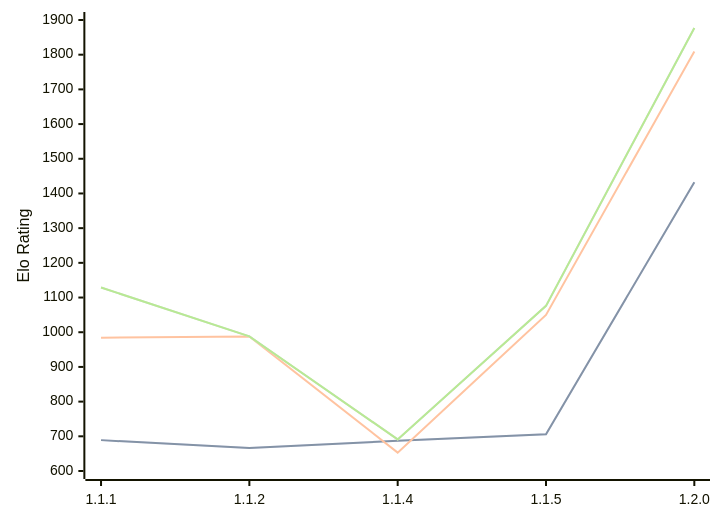
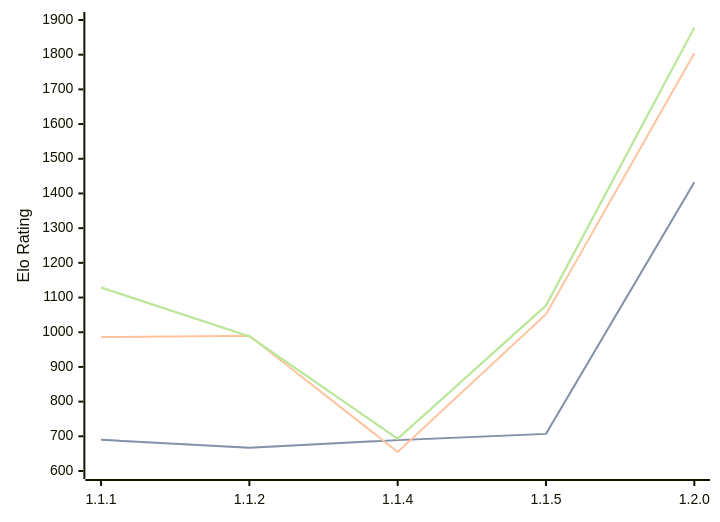
One commit to computer-chess-index/cci changed the diagram in engines/ChessCore.md. Above: the diagram before and after it, drawn with Mermaid. The commit also changed other lines of this file, not shown here.

Commit message:
Update CCI Ratings (ELO VLTC) - 2026-08-23

````diff
--- a/engines/ChessCore.md
+++ b/engines/ChessCore.md
@@ -36,11 +36,11 @@
 ```mermaid
 %%{init: {"theme":"base","themeVariables":{"seriesColors:['#a3a3a3','#222221','#faa371']}}}%%
 xychart-beta
   x-axis ["1.1.1", "1.1.2", "1.1.4", "1.1.5", "1.2.0"]
   y-axis "Elo Rating" 600 --> 1900
-  line "STC (8.0+0.08s)" [689, 666, 687, 706, 1432]
-  line "STC (8.0+0.08s)" [689, 666, 687, 706, 1432]
-  line "LTC (60.0+0.60s)" [984, 988, 653, 1050, 1809]
-  line "VLTC (2m24s+1.12s)" [1129, 988, 691, 1076, 1877]
-  line "VLTC (2m24s+1.12s)" [1129, 988, 691, 1076, 1877]
+  line "STC (8.0+0.08s)" [690, 667, 689, 707, 1432]
+  line "STC (8.0+0.08s)" [690, 667, 689, 707, 1432]
+  line "LTC (60.0+0.60s)" [986, 990, 655, 1052, 1804]
+  line "VLTC (2m24s+1.12s)" [1129, 988, 693, 1077, 1878]
+  line "VLTC (2m24s+1.12s)" [1129, 988, 693, 1077, 1878]
 ```
````
